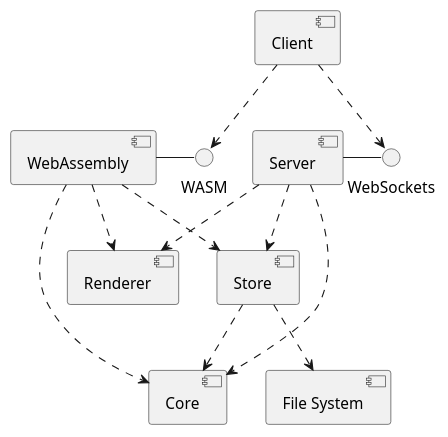
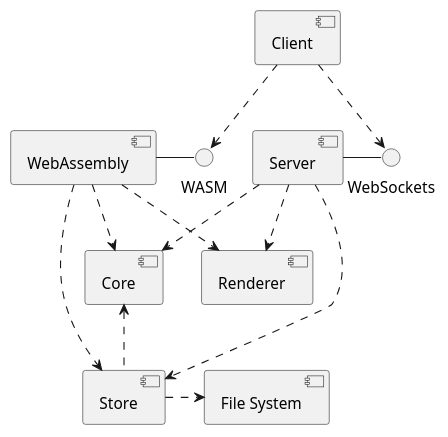
Before and after one commit to turnerdev/scritti: the diagram in docs/components.puml, drawn with PlantUML. The commit also changed 5 other files, not shown here.

```diff
--- a/docs/components.puml
+++ b/docs/components.puml
@@ -1,16 +1,16 @@
 @startuml
 
 [Client] ..> WebSockets
 [Client] ..> WASM
 [WebAssembly] - WASM
 [Server] - WebSockets
 [Server] ..> [Store]
 [Server] ..> [Core]
 [Server] ..> [Renderer]
 [WebAssembly] ..> [Store]
 [WebAssembly] ..> [Core]
 [WebAssembly] ..> [Renderer]
-[Store] ..> [File System]
-[Store] ..> [Core]
+[Store] .right.> [File System]
+[Store] .up.> [Core]
 
 @enduml
```
